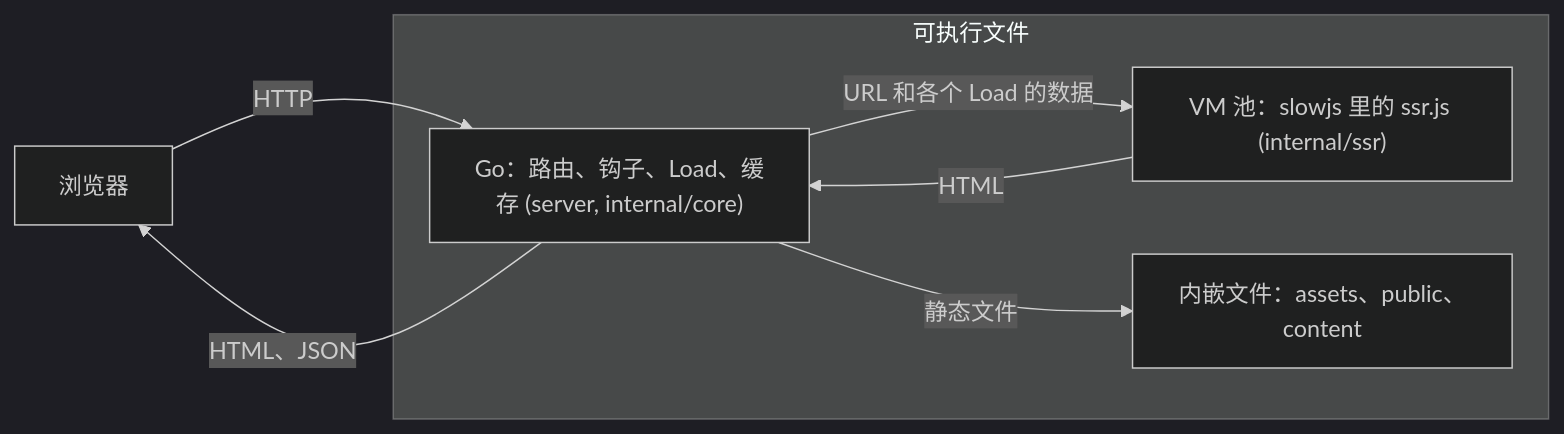
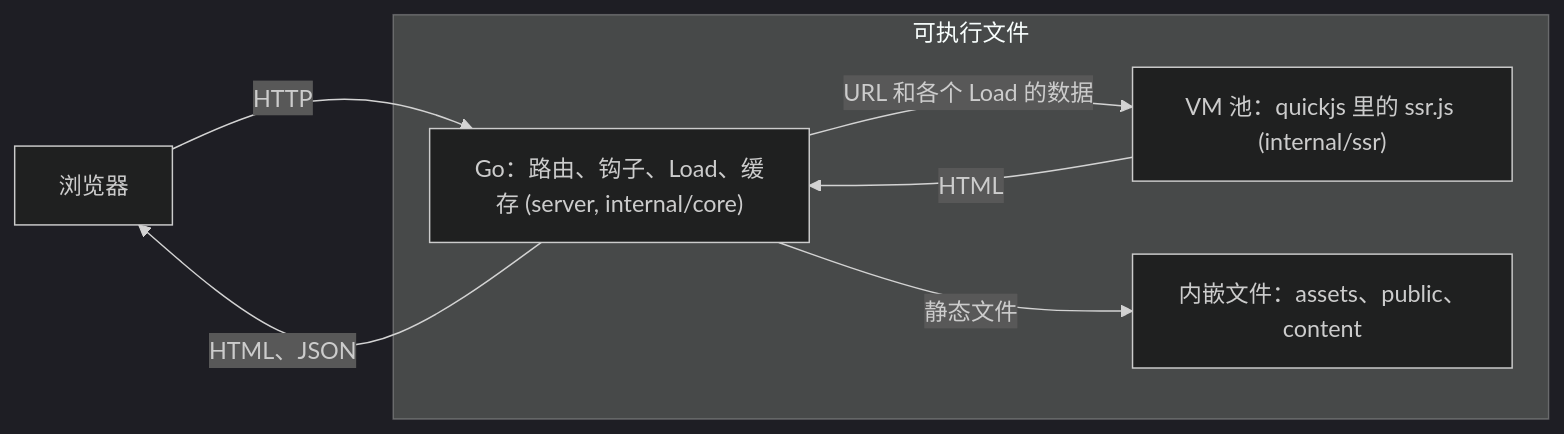
Before and after one commit to liustack/tifa: the first of 8 diagrams in docs/architecture.zh-CN.md, drawn with Mermaid (dark theme). The commit also changed 83 other files, not shown here.

````diff
--- a/docs/architecture.zh-CN.md
+++ b/docs/architecture.zh-CN.md
@@ -21,14 +21,14 @@
 ```mermaid
 flowchart LR
   B["浏览器"]
   subgraph P["可执行文件"]
     G["Go：路由、钩子、Load、缓存 (server, internal/core)"]
-    V["VM 池：slowjs 里的 ssr.js (internal/ssr)"]
+    V["VM 池：quickjs 里的 ssr.js (internal/ssr)"]
     S["内嵌文件：assets、public、content"]
   end
   B -- "HTTP" --> G
   G -- "URL 和各个 Load 的数据" --> V
   V -- "HTML" --> G
   G -- "静态文件" --> S
   G -- "HTML、JSON" --> B
 ```
````
